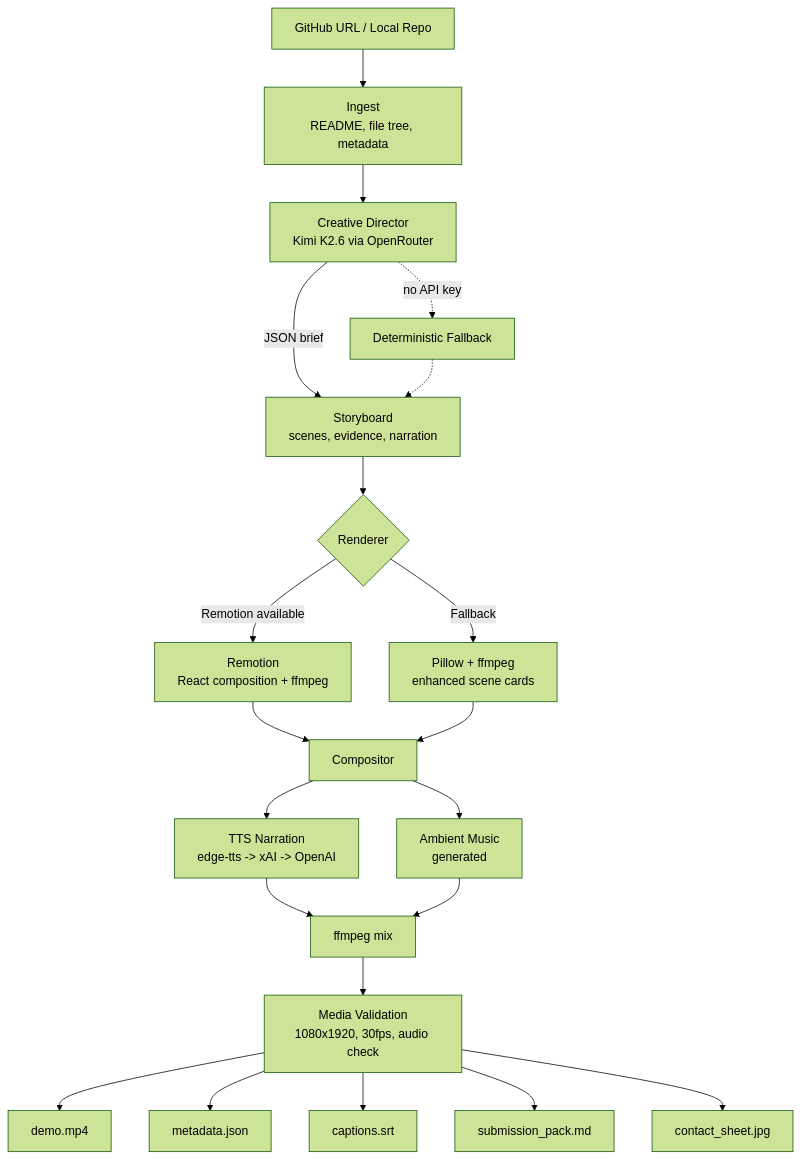
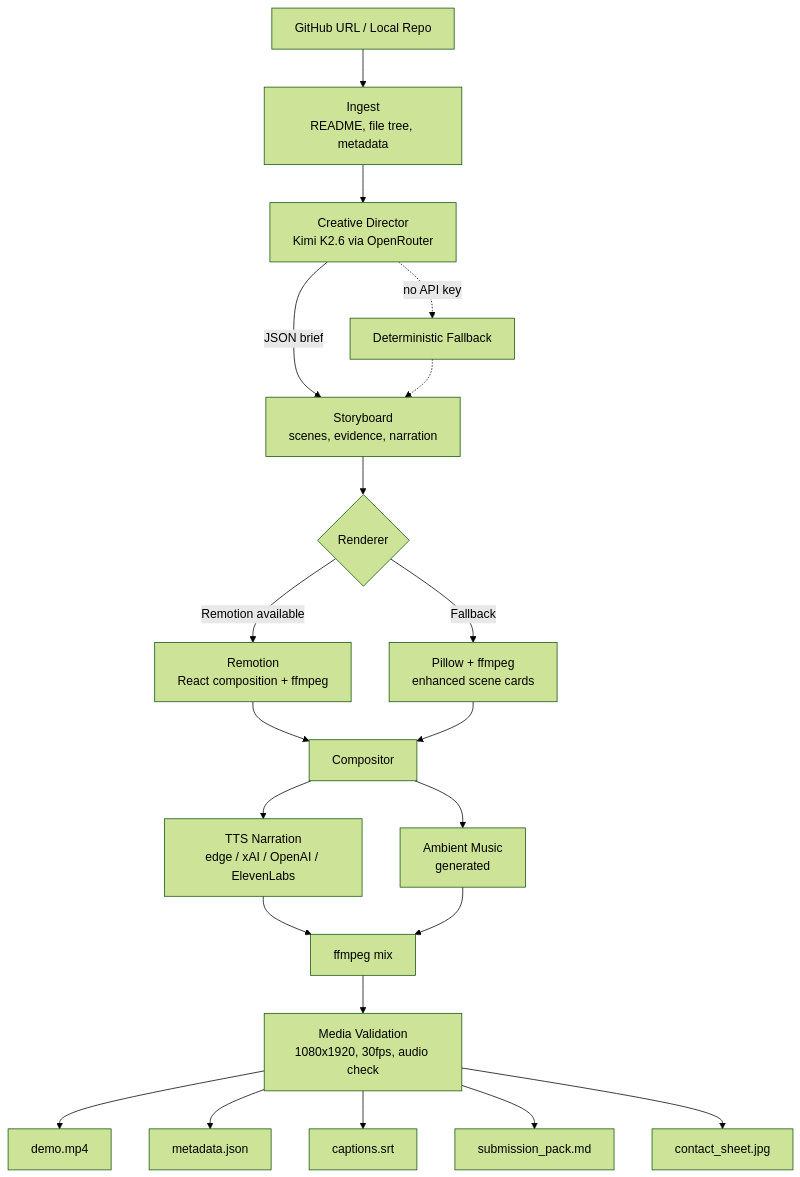
Before and after one commit to SilentKnight87/repo-to-shorts-agent: the first of 2 diagrams in README.md, drawn with Mermaid (forest theme). The commit also changed other lines of this file and 8 other files, not shown here.

````diff
--- a/README.md
+++ b/README.md
@@ -41,30 +41,30 @@
 ```mermaid
 graph TB
     A[GitHub URL / Local Repo] --> B[Ingest<br/>README, file tree, metadata]
     B --> C[Creative Director<br/>Kimi K2.6 via OpenRouter]
     C -->|JSON brief| D[Storyboard<br/>scenes, evidence, narration]
 
     D --> E{Renderer}
 
     E -->|Remotion available| F[Remotion<br/>React composition + ffmpeg]
     E -->|Fallback| G[Pillow + ffmpeg<br/>enhanced scene cards]
 
     F --> H[Compositor]
     G --> H
 
-    H --> I[TTS Narration<br/>edge-tts -> xAI -> OpenAI]
+    H --> I[TTS Narration<br/>edge / xAI / OpenAI / ElevenLabs]
     H --> J[Ambient Music<br/>generated]
 
     I --> K[ffmpeg mix]
     J --> K
     K --> L[Media Validation<br/>1080x1920, 30fps, audio check]
 
     L --> M[demo.mp4]
     L --> N[metadata.json]
     L --> O[captions.srt]
     L --> P[submission_pack.md]
     L --> Q[contact_sheet.jpg]
 
     C -.->|no API key| R[Deterministic Fallback]
     R -.-> D
 ```
````
